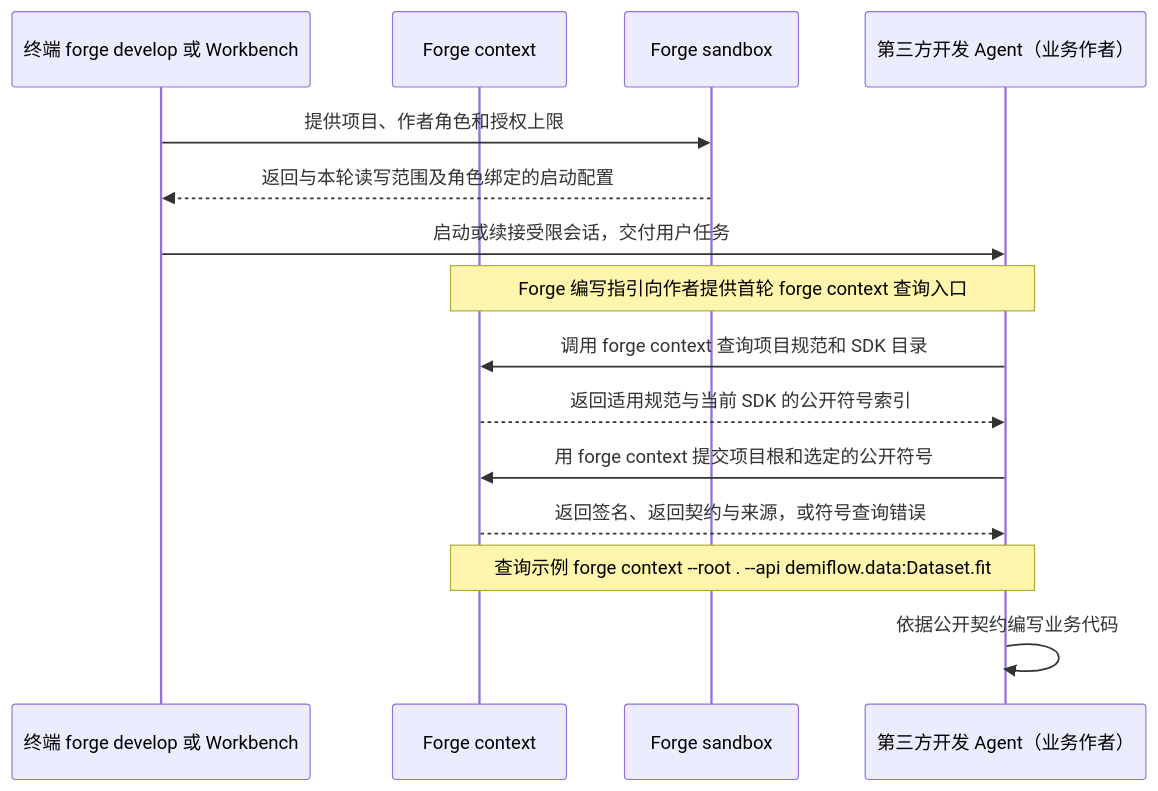
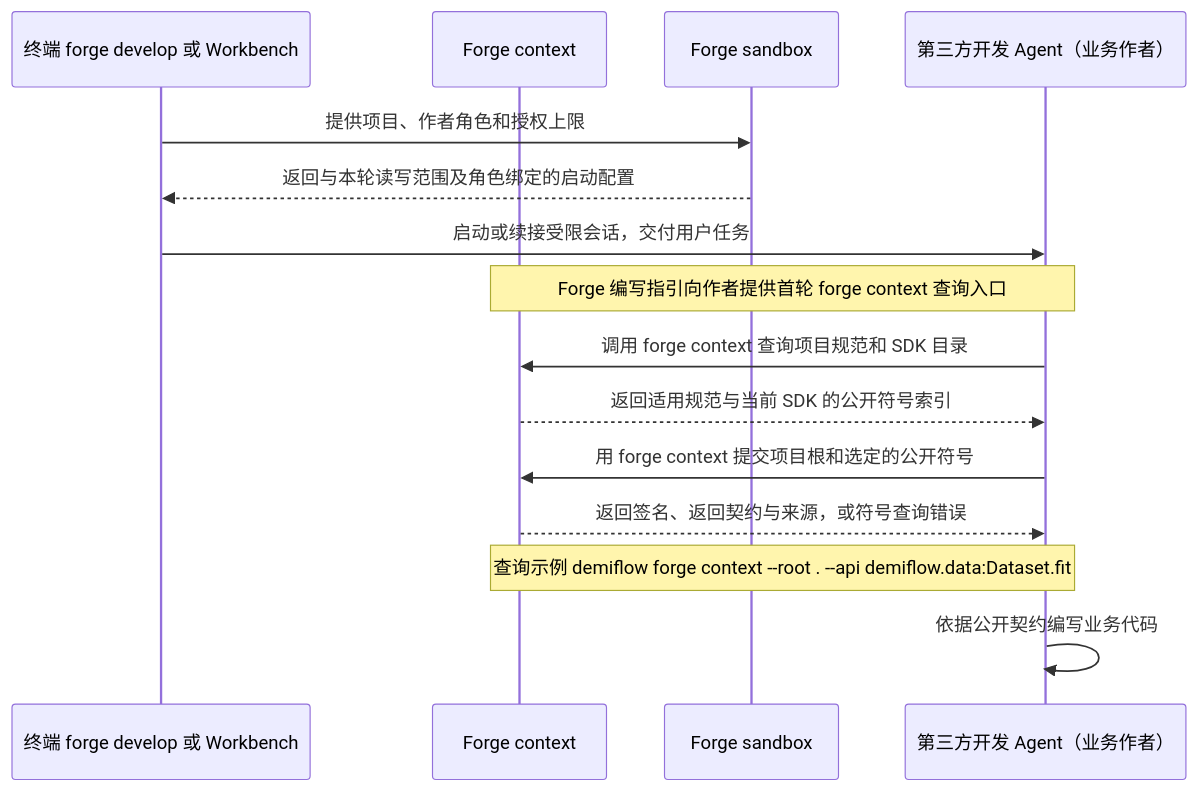
The third of 14 diagrams in docs/demiflow-architecture.md (vincent9299/demiflow), drawn with Mermaid before and after one commit. The commit also changed other lines of this file, not shown here.

````diff
--- a/docs/demiflow-architecture.md
+++ b/docs/demiflow-architecture.md
@@ -151,17 +151,17 @@
 ```mermaid
 sequenceDiagram
     participant H as 终端 forge develop 或 Workbench
     participant C as Forge context
     participant S as Forge sandbox
     participant A as 第三方开发 Agent（业务作者）
     H->>S: 提供项目、作者角色和授权上限
     S-->>H: 返回与本轮读写范围及角色绑定的启动配置
     H->>A: 启动或续接受限会话，交付用户任务
     Note over C,A: Forge 编写指引向作者提供首轮 forge context 查询入口
     A->>C: 调用 forge context 查询项目规范和 SDK 目录
     C-->>A: 返回适用规范与当前 SDK 的公开符号索引
     A->>C: 用 forge context 提交项目根和选定的公开符号
     C-->>A: 返回签名、返回契约与来源，或符号查询错误
-    Note over A,C: 查询示例 forge context --root . --api demiflow.data:Dataset.fit
+    Note over A,C: 查询示例 demiflow forge context --root . --api demiflow.data:Dataset.fit
     A->>A: 依据公开契约编写业务代码
 ```
````
